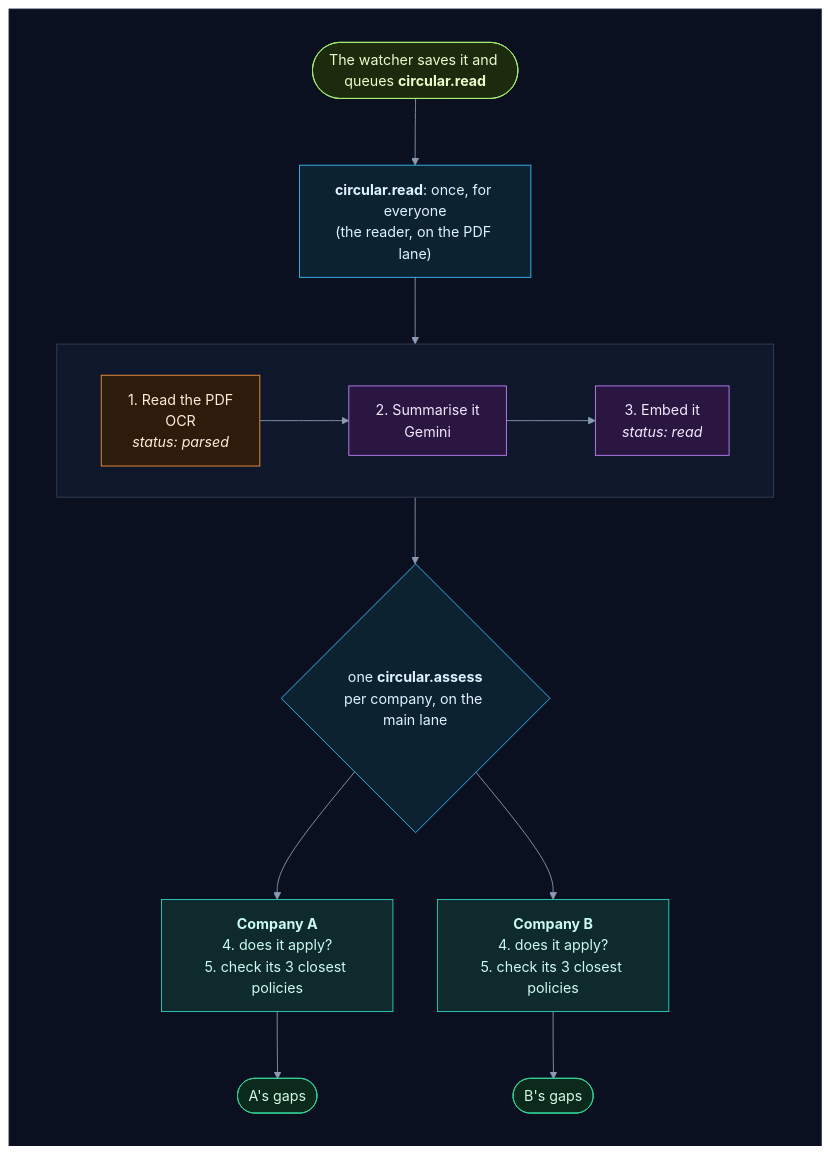
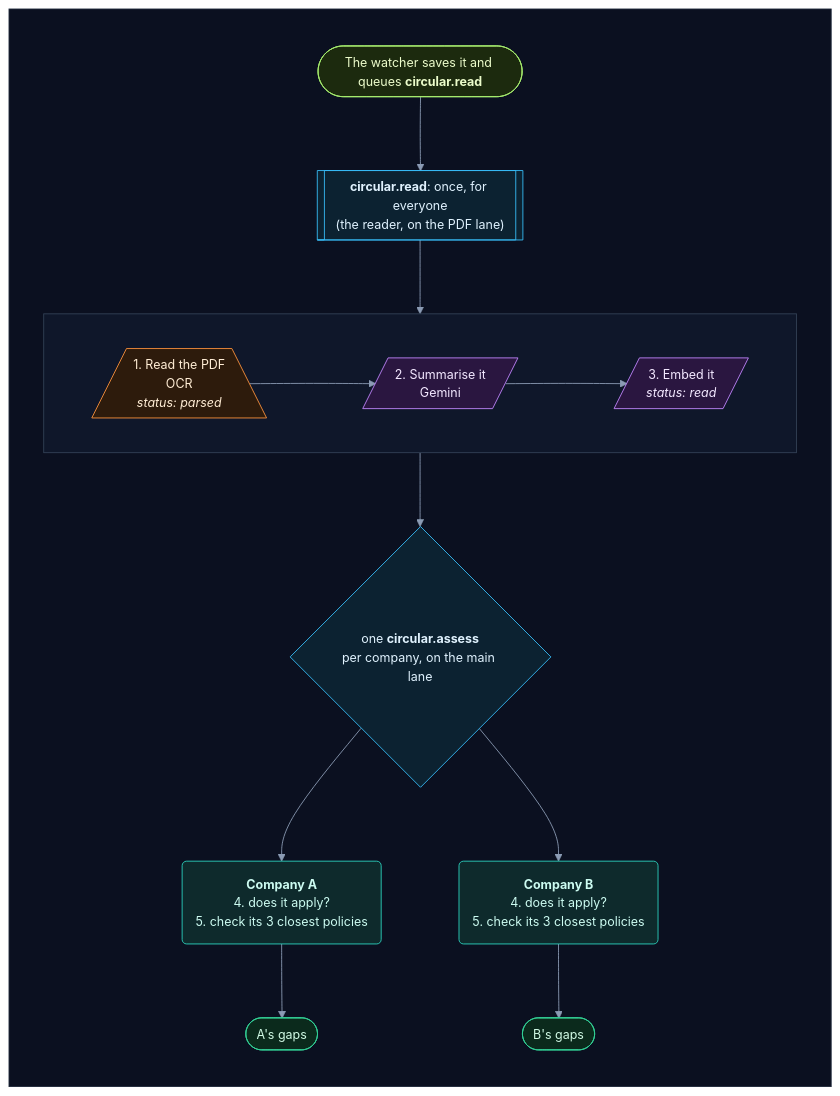
Before and after one commit to selvakumarperumal/Regulatory_Circular_Impact_Agent: the second of 21 diagrams in how_the_worker_works.md, drawn with Mermaid. The commit also changed other lines of this file and 5 other files, not shown here.

Commit message:
Give the docs' flowcharts a shape per kind of part, more room and slightly smaller text

````diff
--- a/how_the_worker_works.md
+++ b/how_the_worker_works.md
@@ -112,37 +112,37 @@
 ```mermaid
-%%{init: {"theme": "base", "flowchart": {"diagramPadding": 0}, "themeVariables": {"darkMode": true, "primaryColor": "#16213a", "primaryTextColor": "#e6edf7", "primaryBorderColor": "#475a7a", "lineColor": "#8b9bb4", "secondaryColor": "#1b2436", "tertiaryColor": "#101a2e", "edgeLabelBackground": "#0f172a", "textColor": "#e2e8f0", "clusterBkg": "#0f1728", "clusterBorder": "#2b3a55", "titleColor": "#c4b5fd", "nodeTextColor": "#e6edf7"}}}%%
+%%{init: {"theme": "base", "flowchart": {"diagramPadding": 0, "nodeSpacing": 58, "rankSpacing": 58, "curve": "basis"}, "themeVariables": {"fontSize": "14px", "darkMode": true, "primaryColor": "#16213a", "primaryTextColor": "#e6edf7", "primaryBorderColor": "#475a7a", "lineColor": "#8b9bb4", "secondaryColor": "#1b2436", "tertiaryColor": "#101a2e", "edgeLabelBackground": "#0f172a", "textColor": "#e2e8f0", "clusterBkg": "#0f1728", "clusterBorder": "#2b3a55", "titleColor": "#c4b5fd", "nodeTextColor": "#e6edf7"}}}%%
 flowchart TD
     subgraph canvas[" "]
         direction TB
-        s0(["The watcher saves it and queues <b>circular.read</b>"]) --> r["<b>circular.read</b>: once, for everyone<br/>(the reader, on the PDF lane)"]
+        s0(["The watcher saves it and queues <b>circular.read</b>"]) --> r[["<b>circular.read</b>: once, for everyone<br/>(the reader, on the PDF lane)"]]
         subgraph read[" "]
             direction LR
-            r1["1. Read the PDF<br/>OCR<br/><i>status: parsed</i>"] --> r2["2. Summarise it<br/>Gemini"]
-            r2 --> r3["3. Embed it<br/><i>status: read</i>"]
+            r1[/"1. Read the PDF<br/>OCR<br/><i>status: parsed</i>"\] --> r2[/"2. Summarise it<br/>Gemini"/]
+            r2 --> r3[/"3. Embed it<br/><i>status: read</i>"/]
         end
         r --> read
         read --> fan{"one <b>circular.assess</b><br/>per company, on the main lane"}
-        fan --> a1["<b>Company A</b><br/>4. does it apply?<br/>5. check its 3 closest policies"]
-        fan --> a2["<b>Company B</b><br/>4. does it apply?<br/>5. check its 3 closest policies"]
+        fan --> a1("<b>Company A</b><br/>4. does it apply?<br/>5. check its 3 closest policies")
+        fan --> a2("<b>Company B</b><br/>4. does it apply?<br/>5. check its 3 closest policies")
         a1 --> d1(["A's gaps"])
         a2 --> d2(["B's gaps"])
     end
     classDef svc fill:#0e2a2c,stroke:#2dd4bf,color:#ccfbf1
     classDef data fill:#1c1a47,stroke:#818cf8,color:#e0e7ff
     classDef ext fill:#2a1640,stroke:#c084fc,color:#f3e8ff
     classDef gpu fill:#2d1b0c,stroke:#fb923c,color:#ffedd5
     classDef ask fill:#2a2410,stroke:#fbbf24,color:#fef3c7
     classDef ok fill:#0b2a1c,stroke:#34d399,color:#d1fae5
     classDef bad fill:#2e0f17,stroke:#fb7185,color:#ffe4e6
     classDef start fill:#1c2a0e,stroke:#a7ef6f,color:#ecfccb
     classDef muted fill:#1a2130,stroke:#64748b,color:#cbd5e1
     classDef queue fill:#0c2231,stroke:#38bdf8,color:#e0f2fe
     class s0 start
     class r,fan queue
     class r1 gpu
     class r2,r3 ext
     class a1,a2 svc
     class d1,d2 ok
     style read fill:#0f172a,stroke:#334155,color:#94a3b8
     style canvas fill:#0b1020,stroke:#1e293b,color:#0b1020
 ```
````
